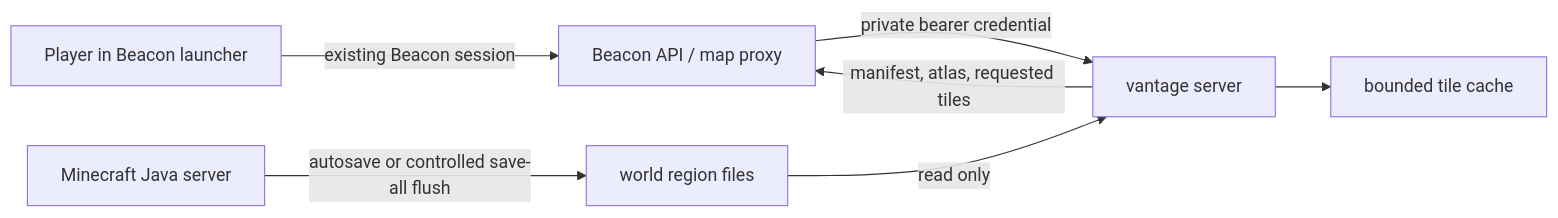
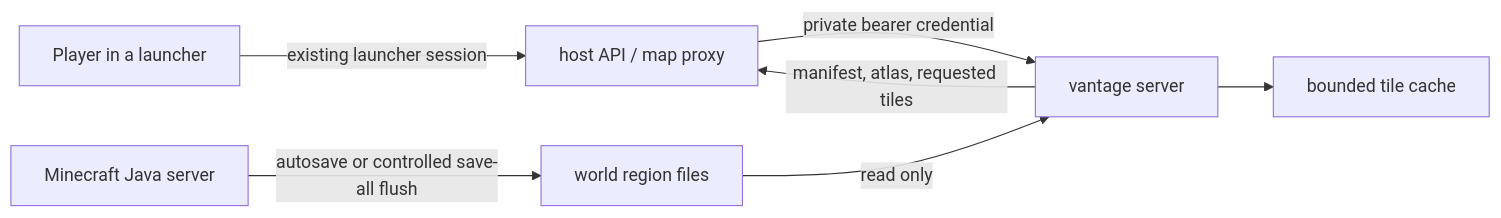
One commit to thoughts-on-things/vantage-mc changed the diagram in docs/server.md. Above: the diagram before and after it, drawn with Mermaid. The commit also changed other lines of this file and 9 other files, not shown here.

````diff
--- a/docs/server.md
+++ b/docs/server.md
@@ -22,9 +22,9 @@
 ```mermaid
 flowchart LR
-  P["Player in Beacon launcher"] -->|"existing Beacon session"| B["Beacon API / map proxy"]
+  P["Player in a launcher"] -->|"existing launcher session"| B["host API / map proxy"]
   B -->|"private bearer credential"| V["vantage server"]
   M["Minecraft Java server"] -->|"autosave or controlled save-all flush"| W["world region files"]
   W -->|"read only"| V
   V --> C["bounded tile cache"]
   V -->|"manifest, atlas, requested tiles"| B
 ```
````
